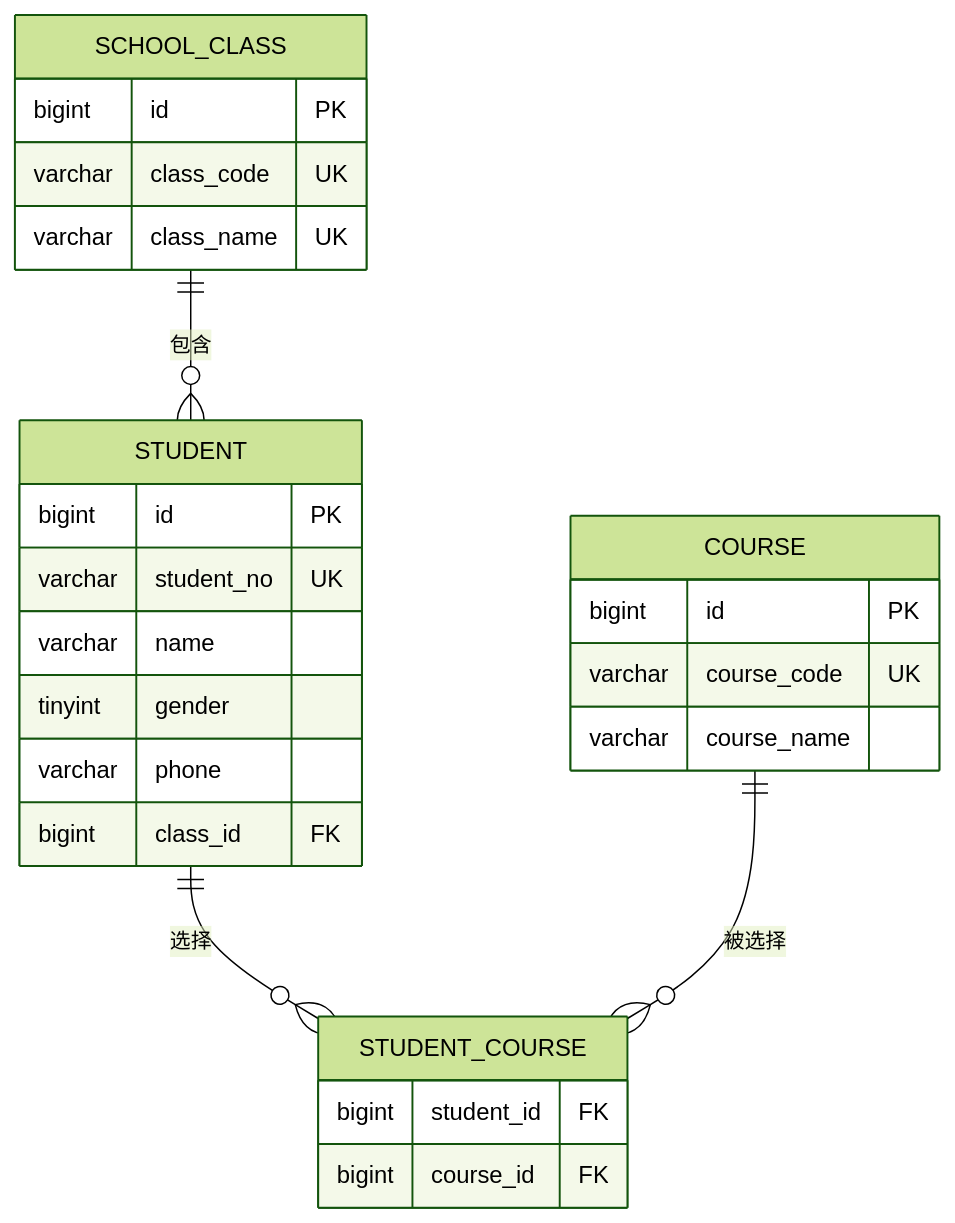
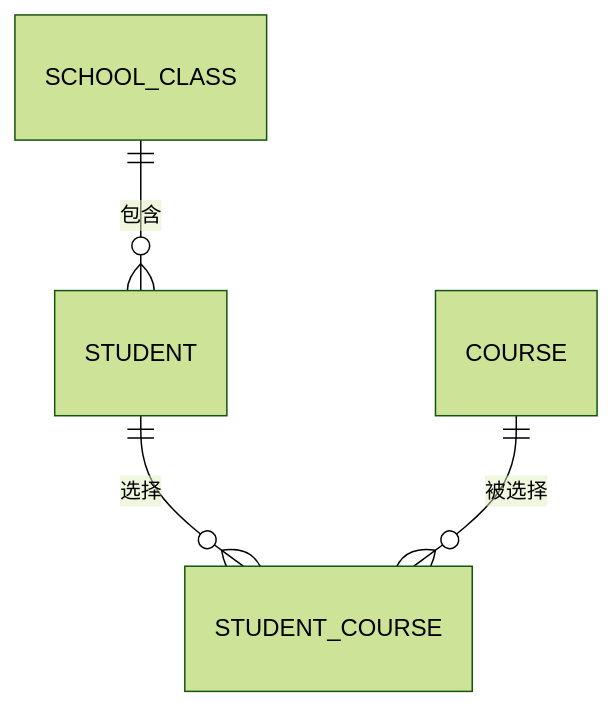
The diagram in springboot-demo/docs/学生信息管理系统需求文档.md (SkyWongHZ/java-learning), drawn with Mermaid (forest theme) before and after one commit. The commit also changed other lines of this file and 177 other files, not shown here.

````diff
--- a/springboot-demo/docs/学生信息管理系统需求文档.md
+++ b/springboot-demo/docs/学生信息管理系统需求文档.md
@@ -57,28 +49,6 @@
 ```mermaid
 erDiagram
     SCHOOL_CLASS ||--o{ STUDENT : "包含"
     STUDENT ||--o{ STUDENT_COURSE : "选择"
     COURSE ||--o{ STUDENT_COURSE : "被选择"
-    SCHOOL_CLASS {
-        bigint id PK
-        varchar class_code UK
-        varchar class_name UK
-    }
-    STUDENT {
-        bigint id PK
-        varchar student_no UK
-        varchar name
-        tinyint gender
-        varchar phone
-        bigint class_id FK
-    }
-    COURSE {
-        bigint id PK
-        varchar course_code UK
-        varchar course_name
-    }
-    STUDENT_COURSE {
-        bigint student_id FK
-        bigint course_id FK
-    }
 ```
````
